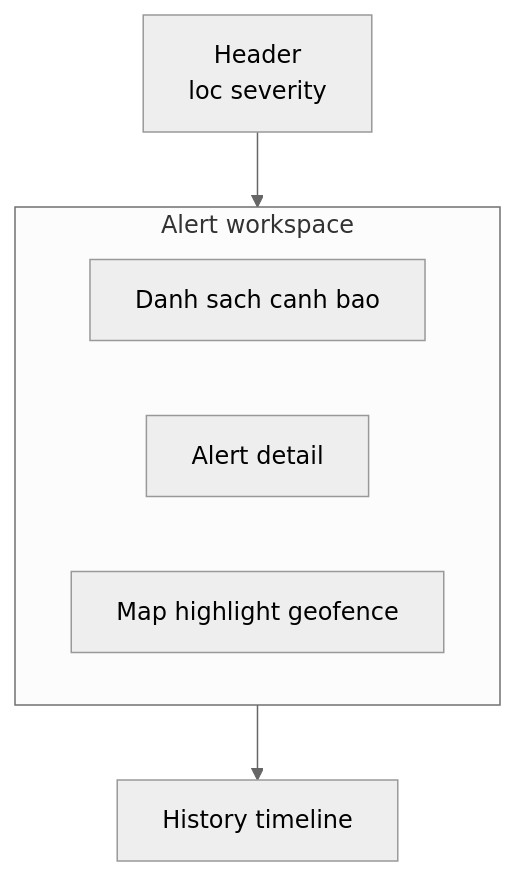
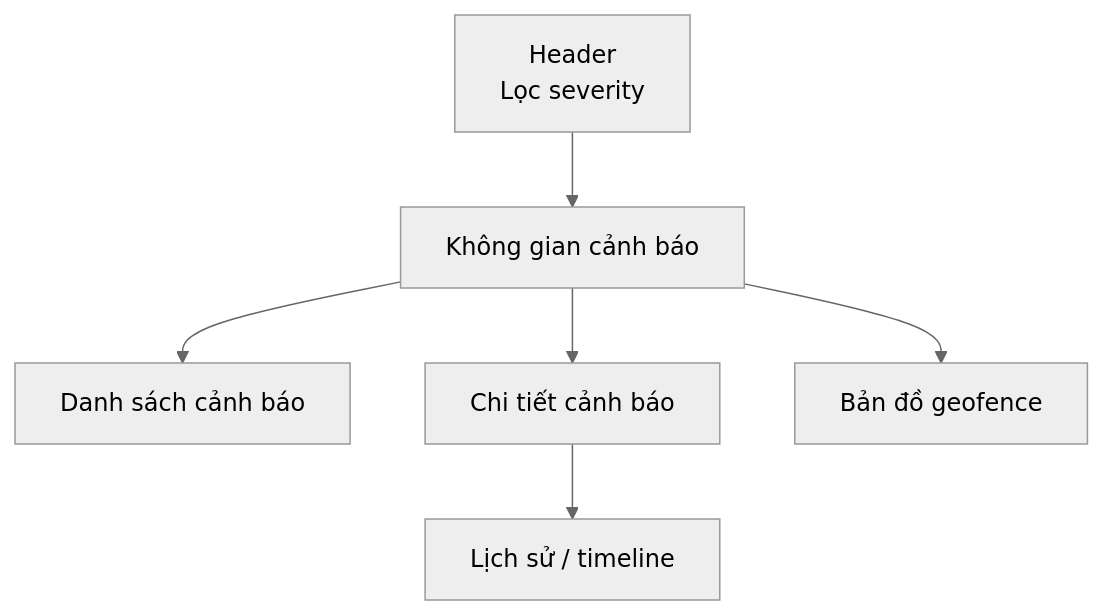
One commit to anmh1205/IoT_Vehicle_Tracking_System changed the diagram in resources/reports/thesis/final/assets/uml/09-chuong-4-trien-khai-cloud-hinh-4-23.mmd. Above: the diagram before and after it, drawn with Mermaid (neutral theme). The commit also changed 135 other files, not shown here.

```diff
--- a/resources/reports/thesis/final/assets/uml/09-chuong-4-trien-khai-cloud-hinh-4-23.mmd
+++ b/resources/reports/thesis/final/assets/uml/09-chuong-4-trien-khai-cloud-hinh-4-23.mmd
@@ -1,14 +1,13 @@
 flowchart TB
-    Header["Header<br/>loc severity"]
+    Header["Header<br/>Lọc severity"]
+    Workspace["Không gian cảnh báo"]
+    AlertList["Danh sách cảnh báo"]
+    Detail["Chi tiết cảnh báo"]
+    MapPanel["Bản đồ geofence"]
+    History["Lịch sử / timeline"]
 
-    subgraph AlertWorkspace["Alert workspace"]
-        direction LR
-        AlertList["Danh sach canh bao"]
-        Detail["Alert detail"]
-        MapPanel["Map highlight geofence"]
-    end
-
-    History["History timeline"]
-
-    Header --> AlertWorkspace
+    Header --> Workspace
+    Workspace --> AlertList
+    Workspace --> Detail
+    Workspace --> MapPanel
     Detail --> History
```
